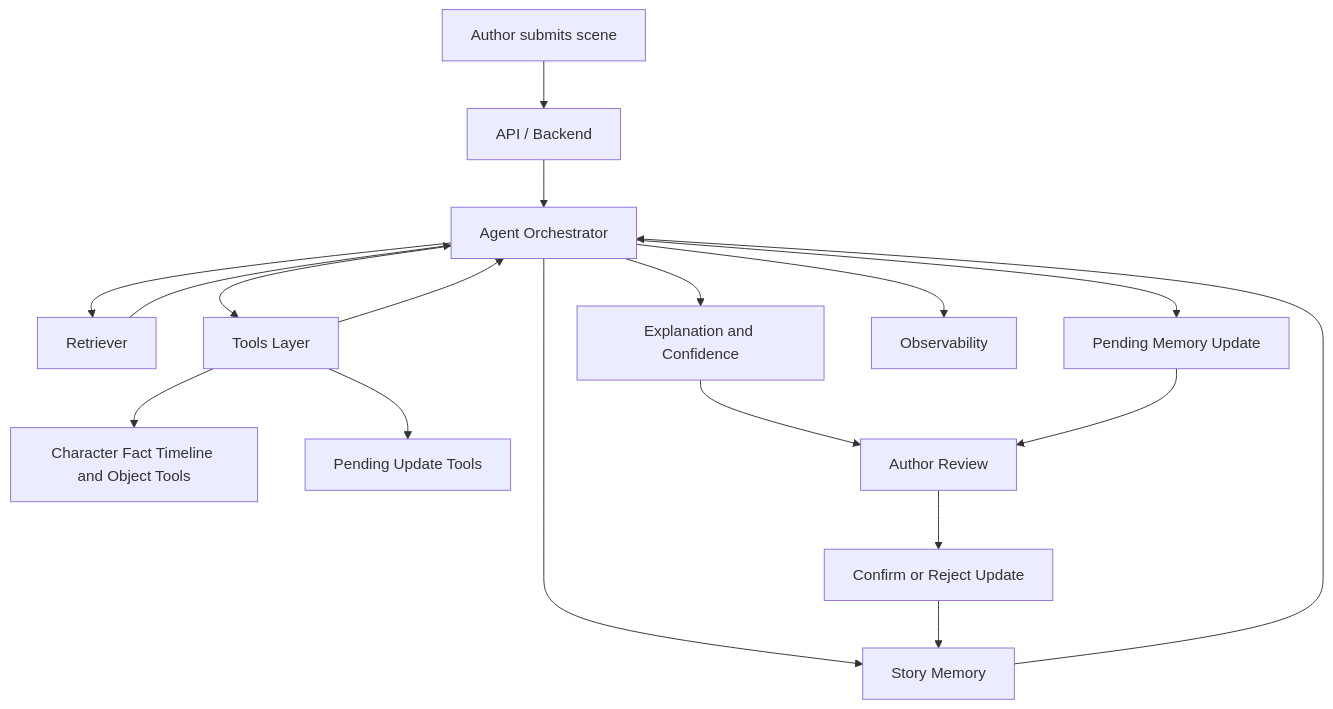
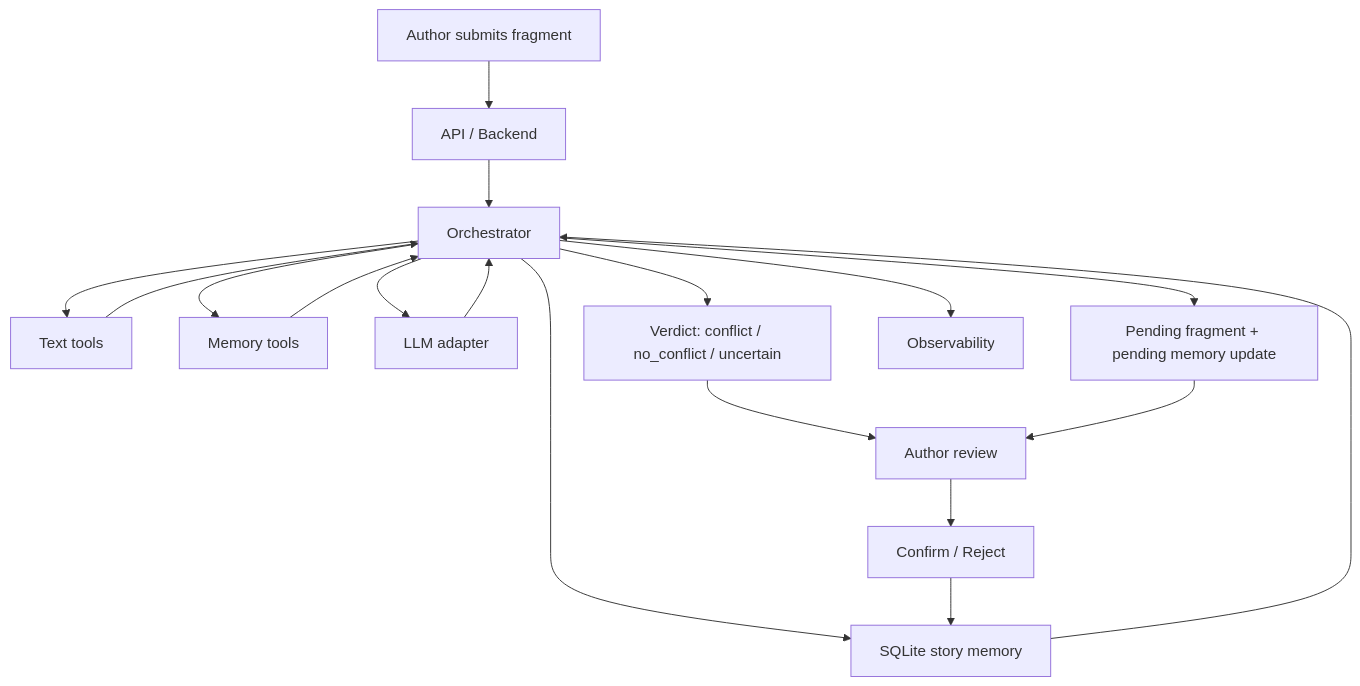
Before and after one commit to jenova13q/agentic_track: the diagram in README.md, drawn with Mermaid. The commit also changed other lines of this file and 15 other files, not shown here.

Commit message:
Switch app to memory-centric pending-first flow

````diff
--- a/README.md
+++ b/README.md
@@ -118,26 +38,25 @@
 ```mermaid
 flowchart TD
-    A[Author submits scene] --> B[API / Backend]
-    B --> C[Agent Orchestrator]
+    A[Author submits fragment] --> B[API / Backend]
+    B --> C[Orchestrator]
 
-    C --> D[Retriever]
-    C --> E[Story Memory]
-    C --> F[Tools Layer]
+    C --> D[Text tools]
+    C --> E[Memory tools]
+    C --> F[SQLite story memory]
+    C --> G[LLM adapter]
 
     D --> C
     E --> C
     F --> C
+    G --> C
 
-    F --> F1[Character Fact Timeline and Object Tools]
-    F --> F2[Pending Update Tools]
+    C --> H[Verdict: conflict / no_conflict / uncertain]
+    C --> I[Pending fragment + pending memory update]
 
-    C --> G[Explanation and Confidence]
-    C --> H[Pending Memory Update]
+    H --> J[Author review]
+    I --> J
+    J --> K[Confirm / Reject]
+    K --> F
 
-    G --> I[Author Review]
-    H --> I
-    I --> J[Confirm or Reject Update]
-    J --> E
-
-    C --> K[Observability]
+    C --> L[Observability]
 ```
````
